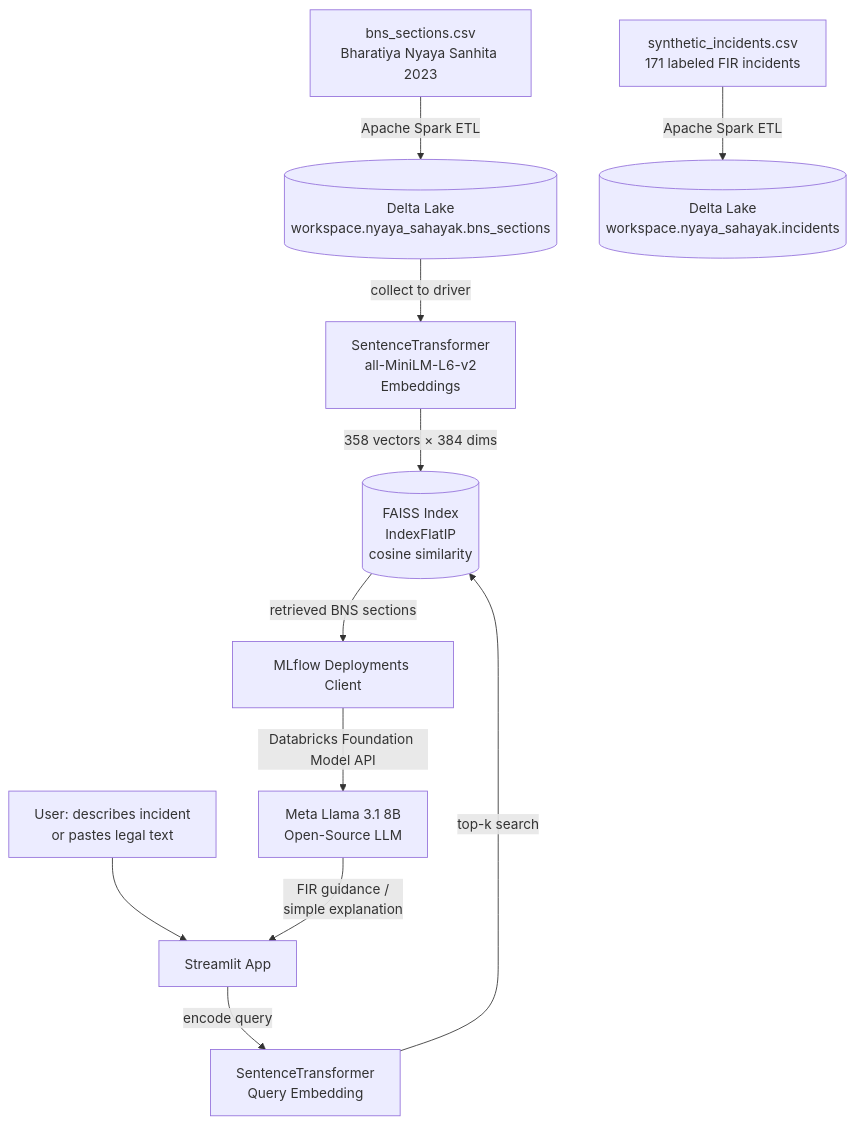
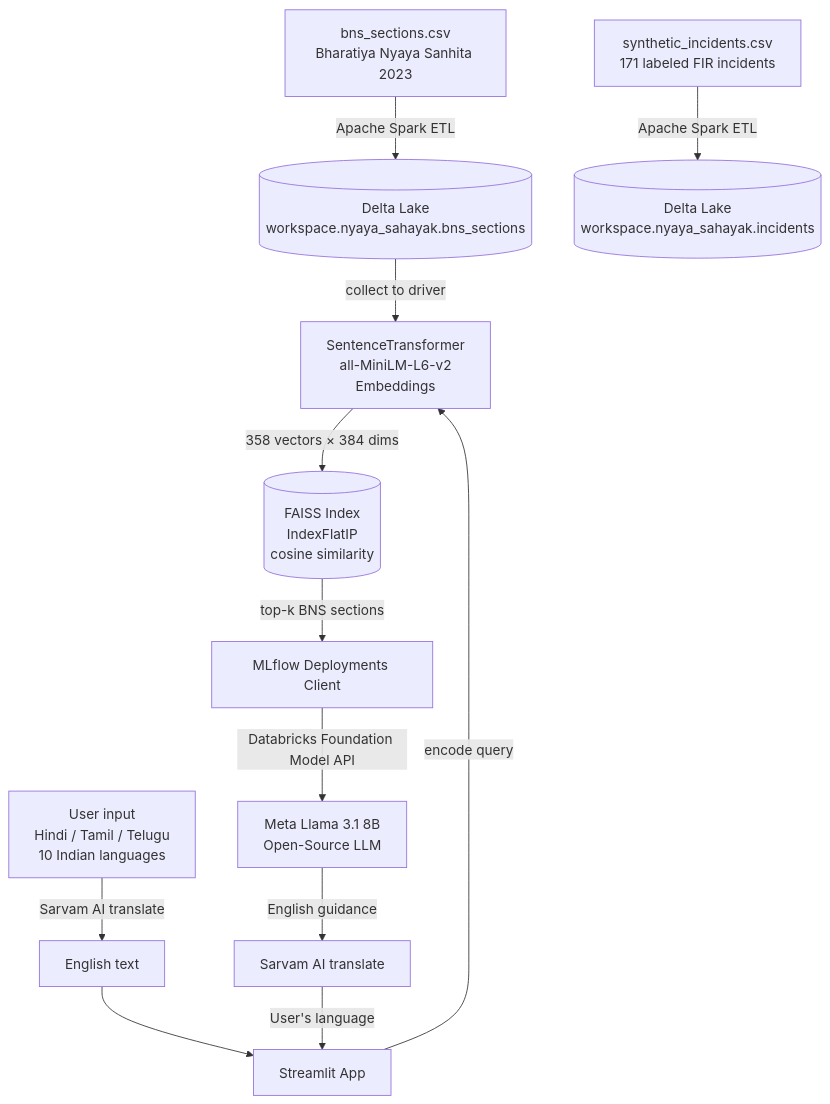
The diagram in README.md (algorithmalchemist69/nyaya-sahayak), drawn with Mermaid before and after one commit. The commit also changed other lines of this file and 2 other files, not shown here.

Commit message:
update README with Sarvam AI multilingual support and submission docs

````diff
--- a/README.md
+++ b/README.md
@@ -9,15 +9,16 @@
 ```mermaid
 flowchart TD
     A[bns_sections.csv\nBharatiya Nyaya Sanhita 2023] -->|Apache Spark ETL| B[(Delta Lake\nworkspace.nyaya_sahayak.bns_sections)]
     C[synthetic_incidents.csv\n171 labeled FIR incidents] -->|Apache Spark ETL| D[(Delta Lake\nworkspace.nyaya_sahayak.incidents)]
 
     B -->|collect to driver| E[SentenceTransformer\nall-MiniLM-L6-v2\nEmbeddings]
     E -->|358 vectors × 384 dims| F[(FAISS Index\nIndexFlatIP\ncosine similarity)]
 
-    G[User: describes incident\nor pastes legal text] --> H[Streamlit App]
-    H -->|encode query| E2[SentenceTransformer\nQuery Embedding]
-    E2 -->|top-k search| F
-    F -->|retrieved BNS sections| I[MLflow Deployments Client]
-    I -->|Databricks Foundation Model API| J[Meta Llama 3.1 8B\nOpen-Source LLM]
-    J -->|FIR guidance /\nsimple explanation| H
+    G[User input\nHindi / Tamil / Telugu\n10 Indian languages] -->|Sarvam AI translate| H[English text]
+    H --> I[Streamlit App]
+    I -->|encode query| E
+    F -->|top-k BNS sections| J[MLflow Deployments Client]
+    J -->|Databricks Foundation Model API| K[Meta Llama 3.1 8B\nOpen-Source LLM]
+    K -->|English guidance| L[Sarvam AI translate]
+    L -->|User's language| I
 ```
````
